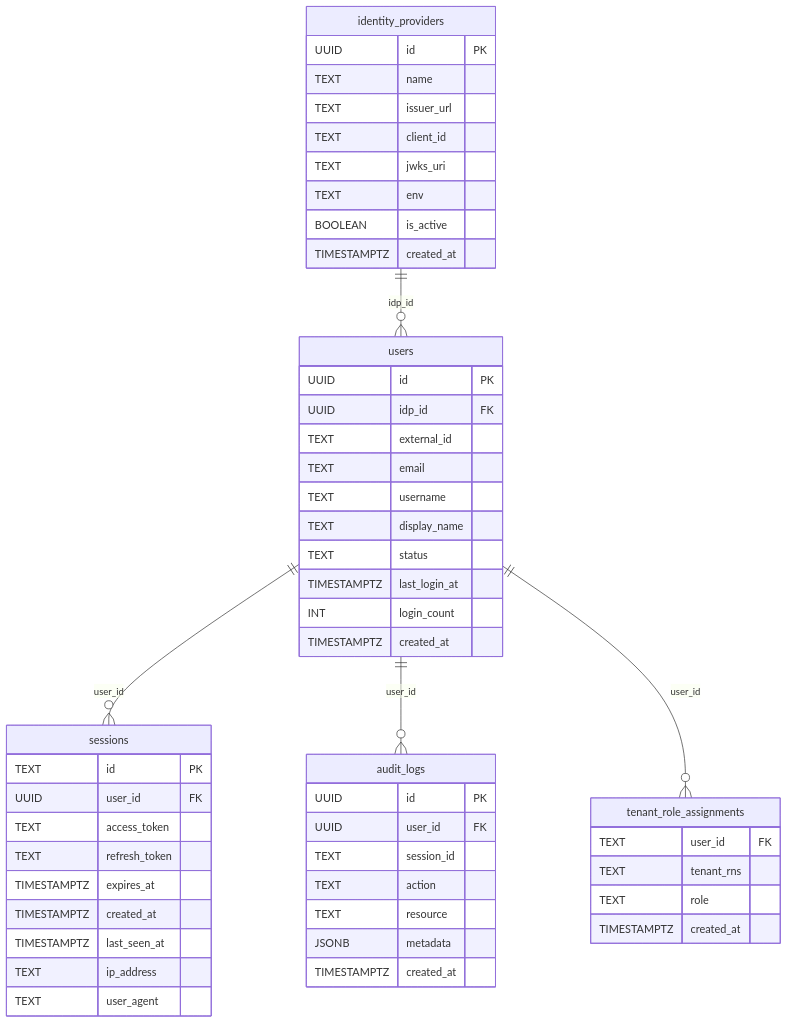
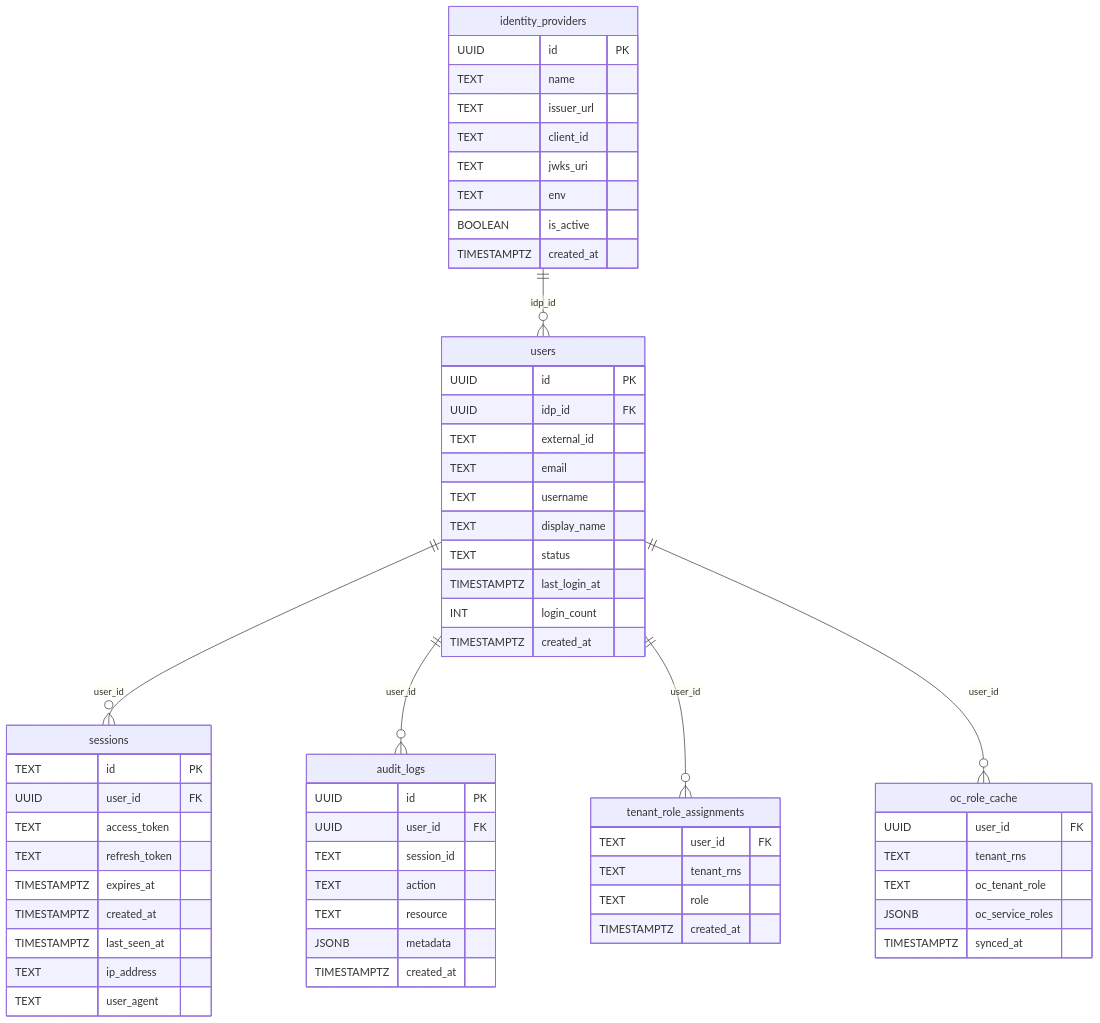
Before and after one commit to aripermana-putra/ucp-docs-collection: the diagram in docs/projects/universal-control-plane-ucp/pocs/rbac/ucp-rbac-design.md, drawn with Mermaid. The commit also changed other lines of this file and 2 other files, not shown here.

First line of the commit message:
MCUCP-191: Add oc_role_cache table to RBAC design

````diff
--- a/docs/projects/universal-control-plane-ucp/pocs/rbac/ucp-rbac-design.md
+++ b/docs/projects/universal-control-plane-ucp/pocs/rbac/ucp-rbac-design.md
@@ -135,60 +135,69 @@
 ```mermaid
 erDiagram
     identity_providers {
         UUID id PK
         TEXT name
         TEXT issuer_url
         TEXT client_id
         TEXT jwks_uri
         TEXT env
         BOOLEAN is_active
         TIMESTAMPTZ created_at
     }
 
     users {
         UUID id PK
         UUID idp_id FK
         TEXT external_id
         TEXT email
         TEXT username
         TEXT display_name
         TEXT status
         TIMESTAMPTZ last_login_at
         INT login_count
         TIMESTAMPTZ created_at
     }
 
     sessions {
         TEXT id PK
         UUID user_id FK
         TEXT access_token
         TEXT refresh_token
         TIMESTAMPTZ expires_at
         TIMESTAMPTZ created_at
         TIMESTAMPTZ last_seen_at
         TEXT ip_address
         TEXT user_agent
     }
 
     audit_logs {
         UUID id PK
         UUID user_id FK
         TEXT session_id
         TEXT action
         TEXT resource
         JSONB metadata
         TIMESTAMPTZ created_at
     }
 
     tenant_role_assignments {
         TEXT user_id FK
         TEXT tenant_rns
         TEXT role
         TIMESTAMPTZ created_at
     }
 
+    oc_role_cache {
+        UUID user_id FK
+        TEXT tenant_rns
+        TEXT oc_tenant_role
+        JSONB oc_service_roles
+        TIMESTAMPTZ synced_at
+    }
+
     identity_providers ||--o{ users : "idp_id"
     users ||--o{ sessions : "user_id"
     users ||--o{ audit_logs : "user_id"
     users ||--o{ tenant_role_assignments : "user_id"
+    users ||--o{ oc_role_cache : "user_id"
 ```
````
